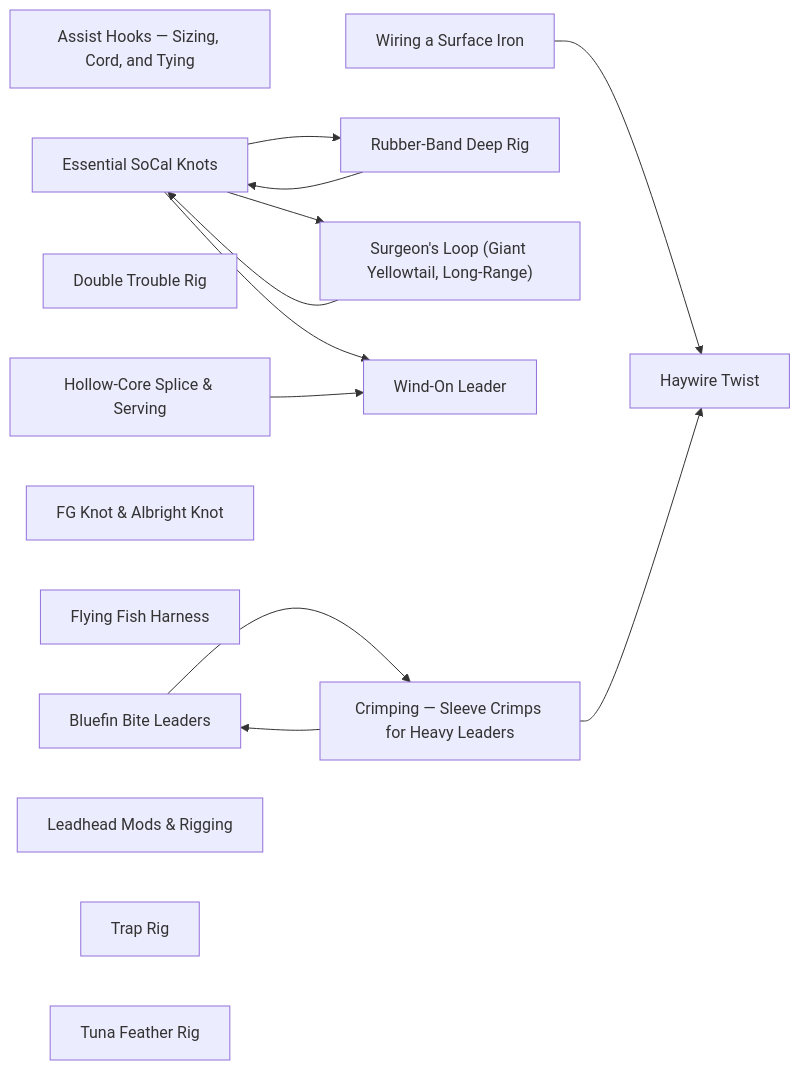
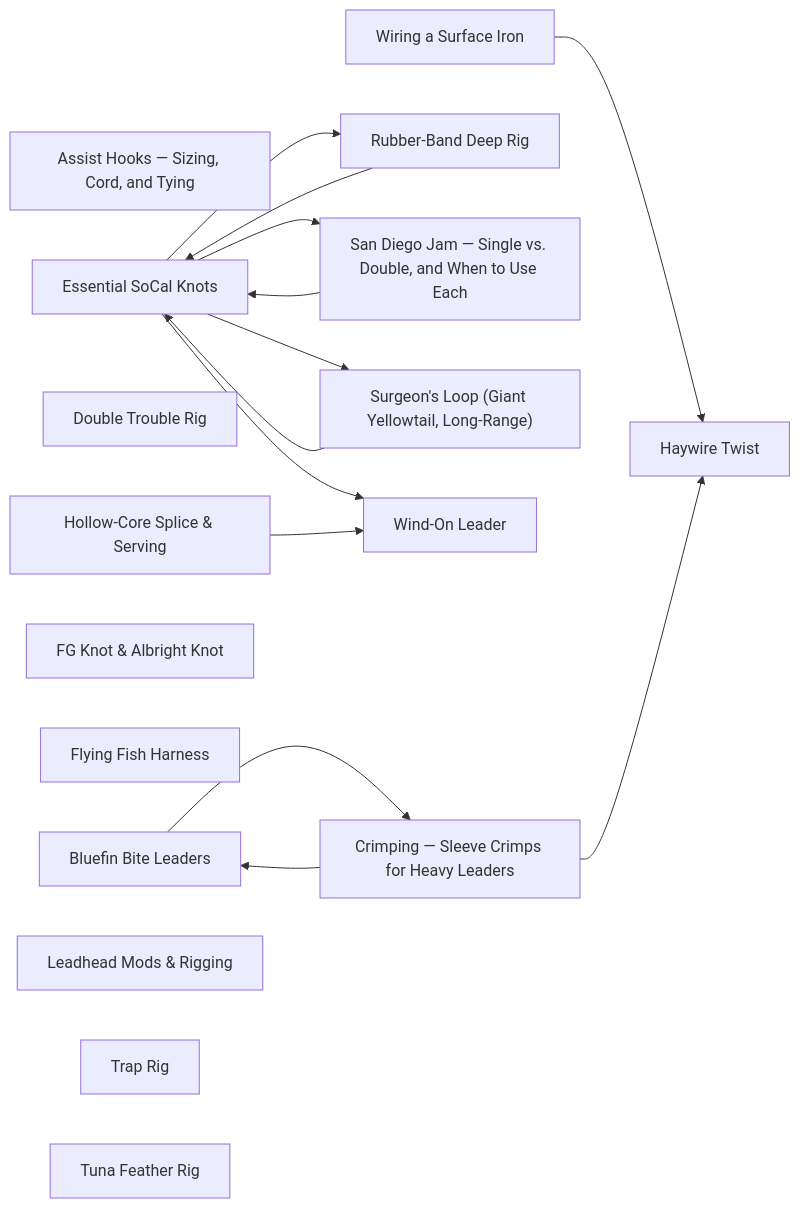
Before and after one commit to camchuckpete-max/Socal-Fishing-Knowledge: the diagram in rigging/README.md, drawn with Mermaid. The commit also changed other lines of this file and 3 other files, not shown here.

````diff
--- a/rigging/README.md
+++ b/rigging/README.md
@@ -29,29 +30,32 @@
 ```mermaid
 graph LR
   n0["Assist Hooks — Sizing, Cord, and Tying"]
   n1["Bluefin Bite Leaders"]
   n2["Crimping — Sleeve Crimps for Heavy Leaders"]
   n3["Double Trouble Rig"]
   n4["Essential SoCal Knots"]
   n5["FG Knot & Albright Knot"]
   n6["Flying Fish Harness"]
   n7["Haywire Twist"]
   n8["Hollow-Core Splice & Serving"]
   n9["Leadhead Mods & Rigging"]
   n10["Rubber-Band Deep Rig"]
-  n11["Surgeon's Loop (Giant Yellowtail, Long-Range)"]
-  n12["Trap Rig"]
-  n13["Tuna Feather Rig"]
-  n14["Wind-On Leader"]
-  n15["Wiring a Surface Iron"]
+  n11["San Diego Jam — Single vs. Double, and When to Use Each"]
+  n12["Surgeon's Loop (Giant Yellowtail, Long-Range)"]
+  n13["Trap Rig"]
+  n14["Tuna Feather Rig"]
+  n15["Wind-On Leader"]
+  n16["Wiring a Surface Iron"]
   n1 --> n2
   n10 --> n4
   n11 --> n4
-  n15 --> n7
+  n12 --> n4
+  n16 --> n7
   n2 --> n1
   n2 --> n7
   n4 --> n10
   n4 --> n11
-  n4 --> n14
-  n8 --> n14
+  n4 --> n12
+  n4 --> n15
+  n8 --> n15
 ```
````
